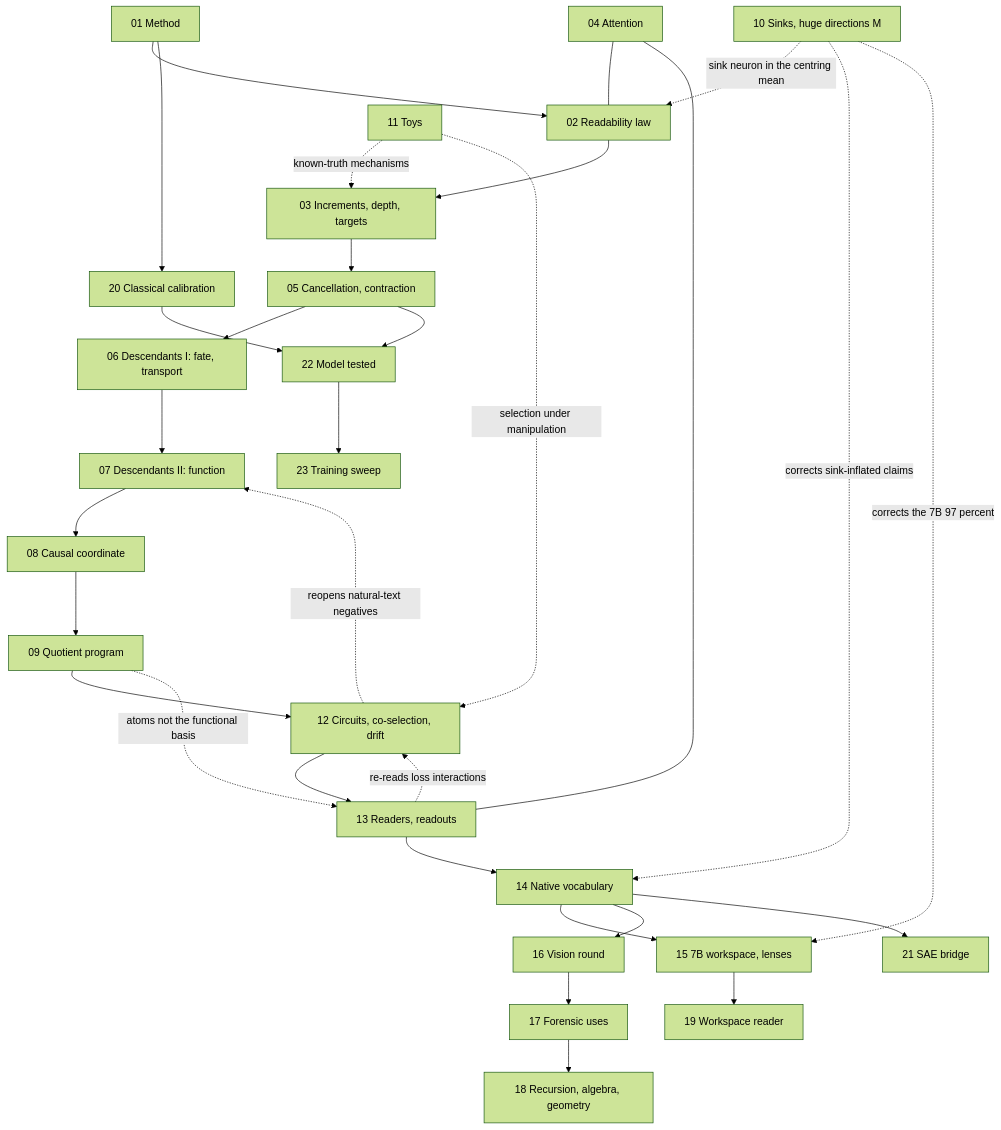
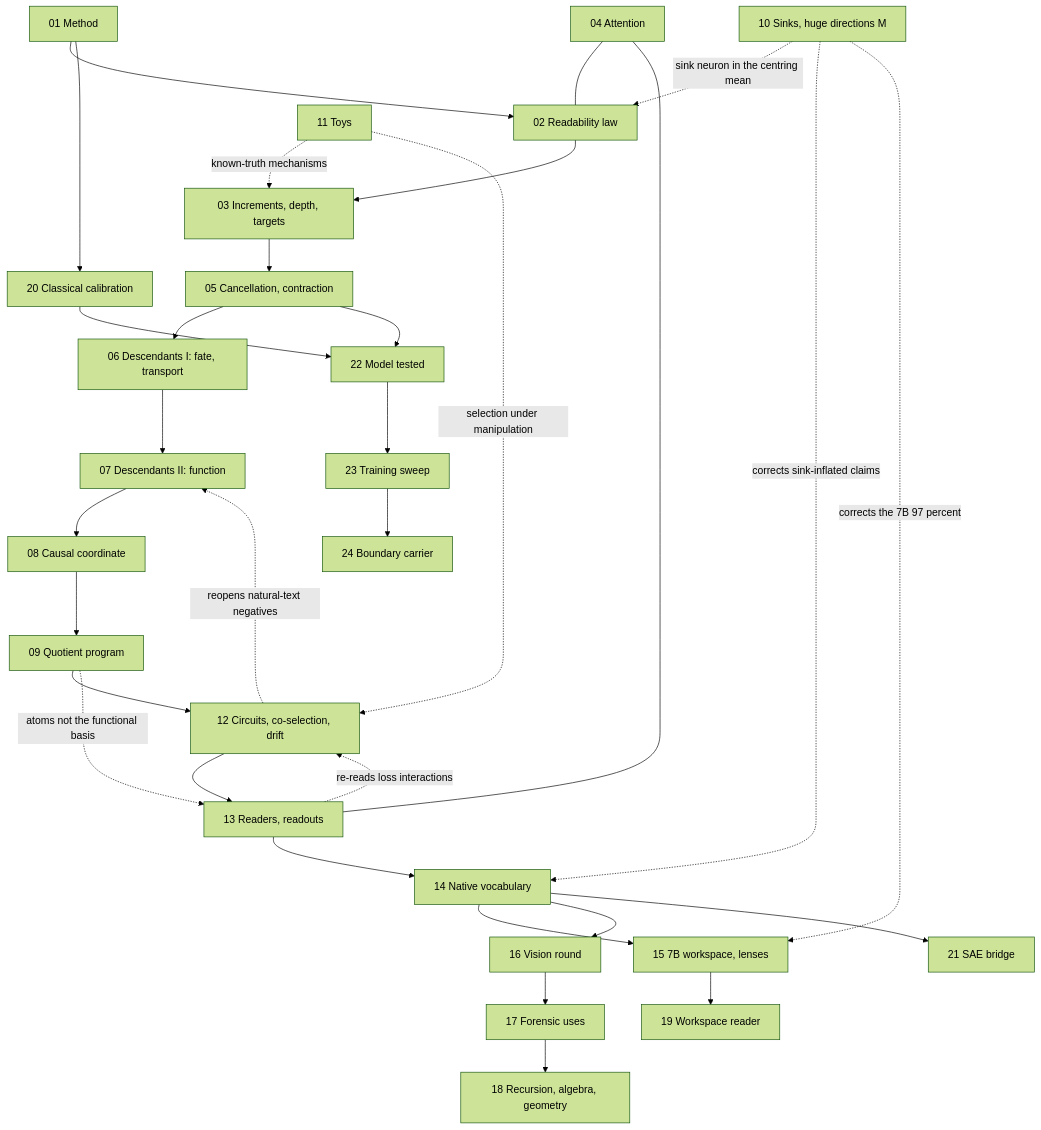
Before and after one commit to sunmoonron/wdd-descendants: the diagram in docs/ATLAS.md, drawn with Mermaid (forest theme). The commit also changed other lines of this file and 32 other files, not shown here.

````diff
--- a/docs/ATLAS.md
+++ b/docs/ATLAS.md
@@ -74,33 +75,34 @@
 ```mermaid
 flowchart TD
   A01["01 Method"] --> A02["02 Readability law"]
   A02 --> A03["03 Increments, depth, targets"]
   A03 --> A05["05 Cancellation, contraction"]
   A05 --> A06["06 Descendants I: fate, transport"]
   A06 --> A07["07 Descendants II: function"]
   A07 --> A08["08 Causal coordinate"]
   A08 --> A09["09 Quotient program"]
   A09 --> A12["12 Circuits, co-selection, drift"]
   A12 --> A13["13 Readers, readouts"]
   A13 --> A14["14 Native vocabulary"]
   A14 --> A15["15 7B workspace, lenses"]
   A14 --> A16["16 Vision round"]
   A16 --> A17["17 Forensic uses"]
   A17 --> A18["18 Recursion, algebra, geometry"]
   A15 --> A19["19 Workspace reader"]
   A01 --> A20["20 Classical calibration"]
   A14 --> A21["21 SAE bridge"]
   A20 --> A22["22 Model tested"]
   A22 --> A23["23 Training sweep"]
+  A23 --> A24["24 Boundary carrier"]
   A05 --> A22
   A04["04 Attention"] --- A02
   A04 --- A13
   A10["10 Sinks, huge directions M"] -.->|sink neuron in the centring mean| A02
   A10 -.->|corrects sink-inflated claims| A14
   A10 -.->|corrects the 7B 97 percent| A15
   A11["11 Toys"] -.->|known-truth mechanisms| A03
   A11 -.->|selection under manipulation| A12
   A12 -.->|reopens natural-text negatives| A07
   A13 -.->|re-reads loss interactions| A12
   A09 -.->|atoms not the functional basis| A13
 ```
````
